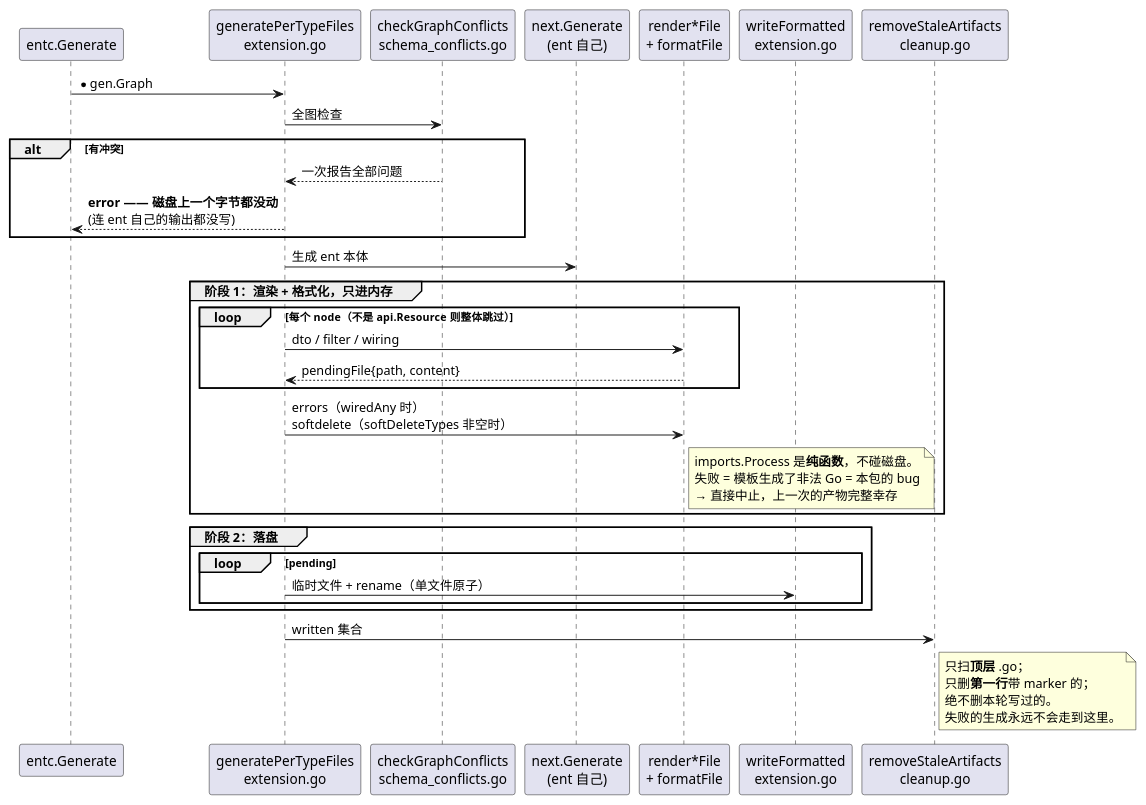
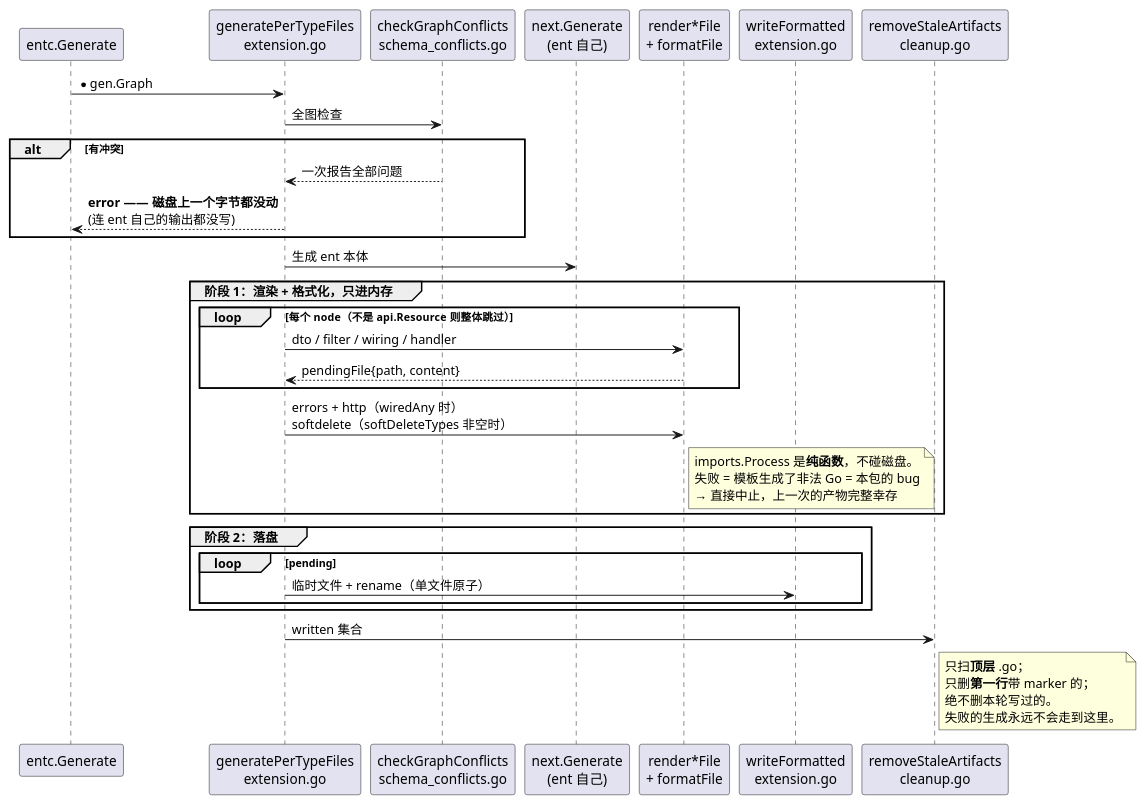
Before and after one commit to githonllc/entapi: the fourth of 5 diagrams in docs/ARCHITECTURE.md, drawn with PlantUML. The commit also changed other lines of this file and 98 other files, not shown here.

````diff
--- a/docs/ARCHITECTURE.md
+++ b/docs/ARCHITECTURE.md
@@ -297,44 +307,44 @@
 ```plantuml
 @startuml
 skinparam shadowing false
 participant "entc.Generate" as ENTC
 participant "generatePerTypeFiles\nextension.go" as HOOK
 participant "checkGraphConflicts\nschema_conflicts.go" as CONF
 participant "next.Generate\n(ent 自己)" as NEXT
 participant "render*File\n+ formatFile" as REND
 participant "writeFormatted\nextension.go" as WRITE
 participant "removeStaleArtifacts\ncleanup.go" as CLEAN
 
 ENTC -> HOOK : *gen.Graph
 HOOK -> CONF : 全图检查
 alt 有冲突
   CONF --> HOOK : 一次报告全部问题
   HOOK --> ENTC : **error —— 磁盘上一个字节都没动**\n(连 ent 自己的输出都没写)
 end
 HOOK -> NEXT : 生成 ent 本体
 group **阶段 1：渲染 + 格式化，只进内存**
   loop 每个 node（不是 api.Resource 则整体跳过）
-    HOOK -> REND : dto / filter / wiring
+    HOOK -> REND : dto / filter / wiring / handler
     REND --> HOOK : pendingFile{path, content}
   end
-  HOOK -> REND : errors（wiredAny 时）\nsoftdelete（softDeleteTypes 非空时）
+  HOOK -> REND : errors + http（wiredAny 时）\nsoftdelete（softDeleteTypes 非空时）
   note right of REND
     imports.Process 是**纯函数**，不碰磁盘。
     失败 = 模板生成了非法 Go = 本包的 bug
     → 直接中止，上一次的产物完整幸存
   end note
 end
 group **阶段 2：落盘**
   loop pending
     HOOK -> WRITE : 临时文件 + rename（单文件原子）
   end
 end
 HOOK -> CLEAN : written 集合
 note right of CLEAN
   只扫**顶层** .go；
   只删**第一行**带 marker 的；
   绝不删本轮写过的。
   失败的生成永远不会走到这里。
 end note
 @enduml
 ```
````
